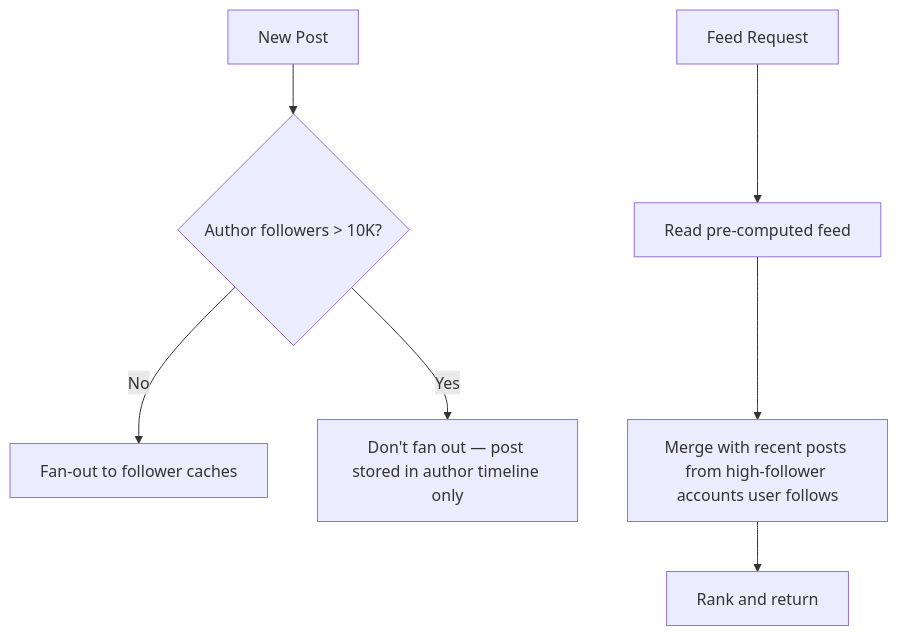
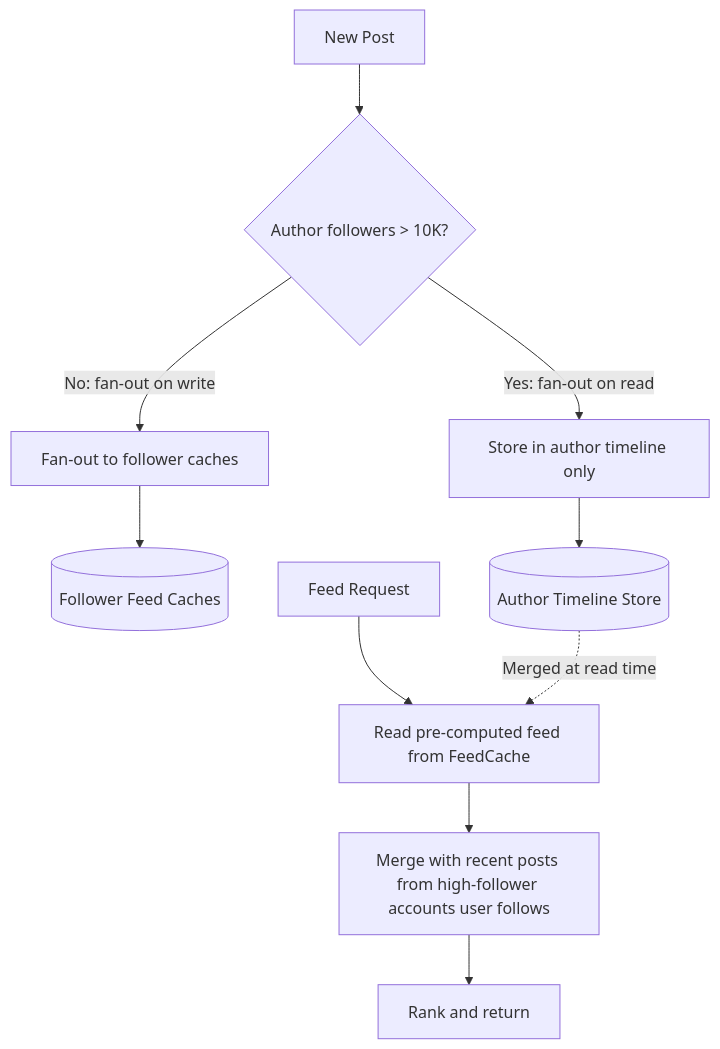
One commit to ishitvagoel/SystemDesignNotes changed the first of 2 diagrams in data/notes/06-Phase-6-Capstones/06-Phase-6-Capstones__Capstone_—_News_Feed.md. Above: the diagram before and after it, drawn with Mermaid. The commit also changed 3 other files, not shown here.

First line of the commit message:
fix: correct invalid Mermaid syntax in 4 diagram files

````diff
--- a/data/notes/06-Phase-6-Capstones/06-Phase-6-Capstones__Capstone_—_News_Feed.md
+++ b/data/notes/06-Phase-6-Capstones/06-Phase-6-Capstones__Capstone_—_News_Feed.md
@@ -82,10 +82,13 @@
 ```mermaid
 graph TD
     Post[New Post] --> Check{Author followers > 10K?}
-    Check -->|No| Push[Fan-out to follower caches]
-    Check -->|Yes| Skip[Don't fan out — post stored in author timeline only]
-    
-    FeedReq[Feed Request] --> ReadCache[Read pre-computed feed]
+    Check -->|No: fan-out on write| Push[Fan-out to follower caches]
+    Check -->|Yes: fan-out on read| Skip[Store in author timeline only]
+    Push --> FeedCache[(Follower Feed Caches)]
+    Skip --> AuthorTimeline[(Author Timeline Store)]
+
+    FeedReq[Feed Request] --> ReadCache[Read pre-computed feed from FeedCache]
+    AuthorTimeline -.->|Merged at read time| ReadCache
     ReadCache --> Merge[Merge with recent posts from high-follower accounts user follows]
     Merge --> Rank[Rank and return]
 ```
````
